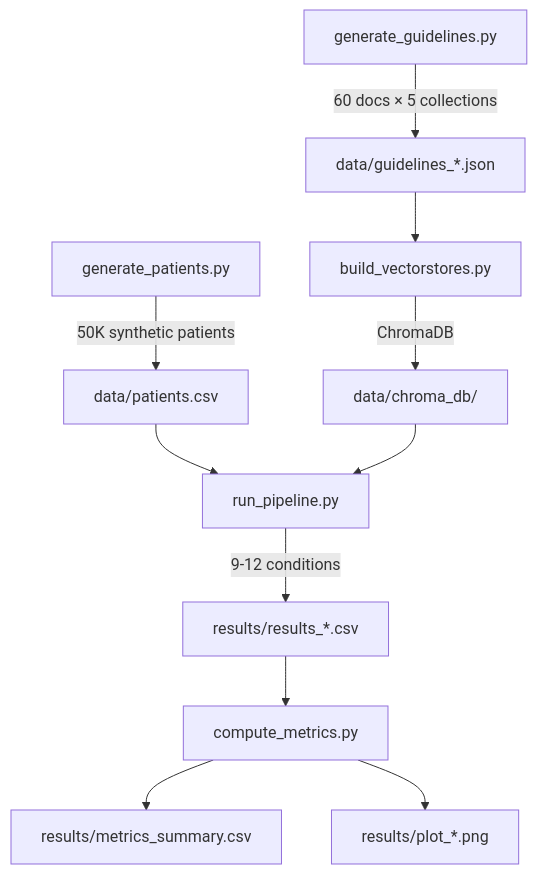
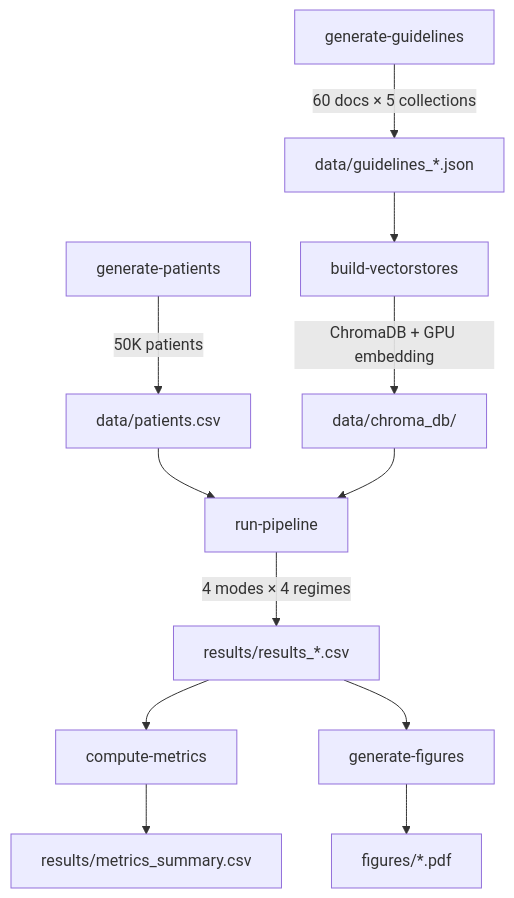
The diagram in README.md (Behordeun/clinicalshift), drawn with Mermaid before and after one commit. The commit also changed other lines of this file and 7 other files, not shown here.

First line of the commit message:
docs: add LICENSE, update README, and generate publication figures

````diff
--- a/README.md
+++ b/README.md
@@ -11,13 +17,14 @@
 ```mermaid
 graph TD
-    A[generate_patients.py] -->|50K synthetic patients| B[data/patients.csv]
-    C[generate_guidelines.py] -->|60 docs × 5 collections| D[data/guidelines_*.json]
-    D --> E[build_vectorstores.py]
-    E -->|ChromaDB| F[data/chroma_db/]
-    B --> G[run_pipeline.py]
+    A[generate-patients] -->|50K patients| B[data/patients.csv]
+    C[generate-guidelines] -->|60 docs × 5 collections| D[data/guidelines_*.json]
+    D --> E[build-vectorstores]
+    E -->|ChromaDB + GPU embedding| F[data/chroma_db/]
+    B --> G[run-pipeline]
     F --> G
-    G -->|9-12 conditions| H[results/results_*.csv]
-    H --> I[compute_metrics.py]
+    G -->|4 modes × 4 regimes| H[results/results_*.csv]
+    H --> I[compute-metrics]
     I --> J[results/metrics_summary.csv]
-    I --> K[results/plot_*.png]
+    H --> K[generate-figures]
+    K --> L[figures/*.pdf]
 ```
````
